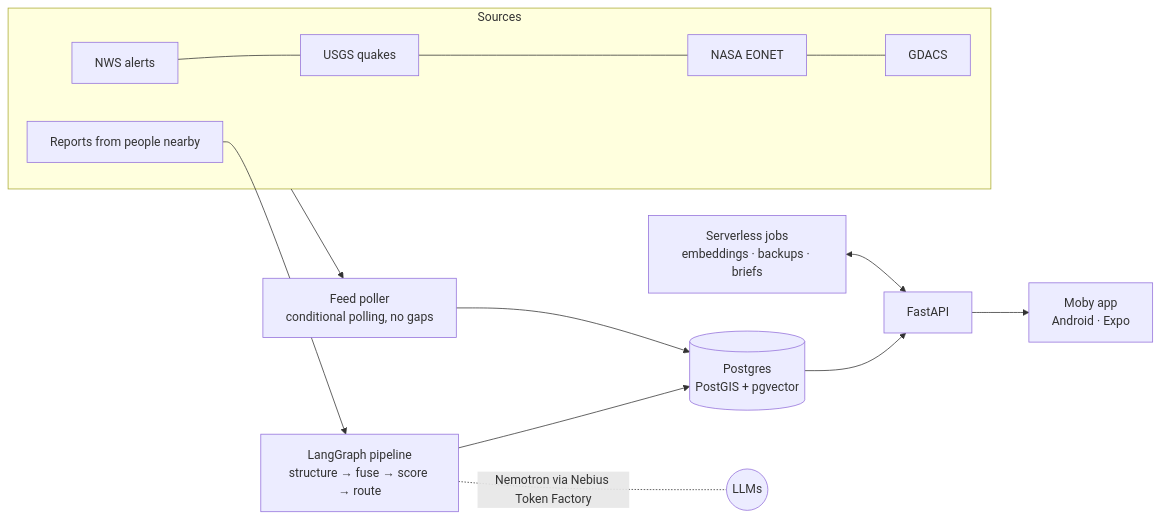
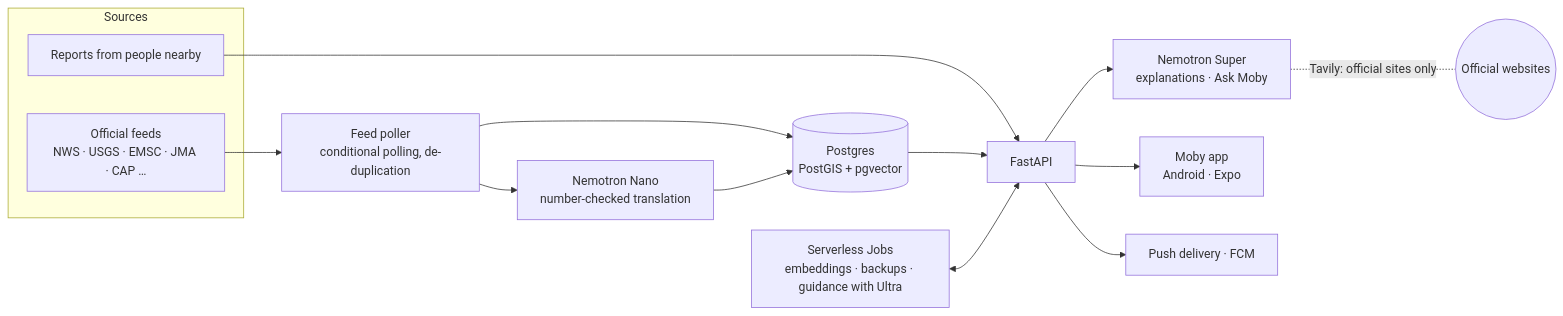
One commit to Xlient/Moby changed the diagram in README.md. Above: the diagram before and after it, drawn with Mermaid. The commit also changed other lines of this file and 18 other files, not shown here.

````diff
--- a/README.md
+++ b/README.md
@@ -54,15 +104,18 @@
 ```mermaid
 flowchart LR
   subgraph Sources
-    NWS[NWS alerts] --- USGS[USGS quakes] --- EONET[NASA EONET] --- GDACS[GDACS]
+    Official[Official feeds<br/>NWS · USGS · EMSC · JMA · CAP …]
     People[Reports from people nearby]
   end
-  Sources --> Poller[Feed poller<br/>conditional polling, no gaps]
+  Official --> Poller[Feed poller<br/>conditional polling, de-duplication]
   Poller --> DB[(Postgres<br/>PostGIS + pgvector)]
-  People --> Graph[LangGraph pipeline<br/>structure → fuse → score → route]
-  Graph --> DB
+  Poller --> Translate[Nemotron Nano<br/>number-checked translation]
+  Translate --> DB
+  People --> API
   DB --> API[FastAPI]
+  API --> Explain[Nemotron Super<br/>explanations · Ask Moby]
+  Explain -. Tavily: official sites only .- Web((Official websites))
   API --> App[Moby app<br/>Android · Expo]
-  Jobs[Serverless jobs<br/>embeddings · backups · briefs] <--> API
-  Graph -. Nemotron via Nebius Token Factory .- LLM((LLMs))
+  API --> Push[Push delivery · FCM]
+  Jobs[Serverless Jobs<br/>embeddings · backups · guidance with Ultra] <--> API
 ```
````
